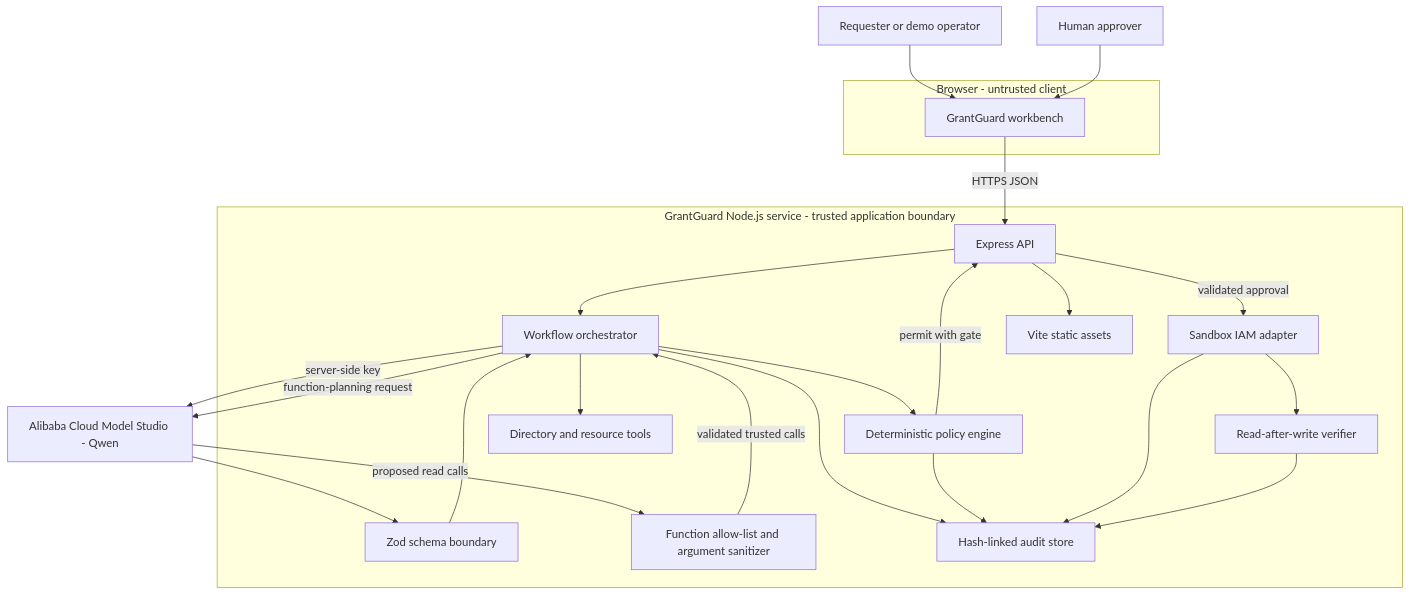
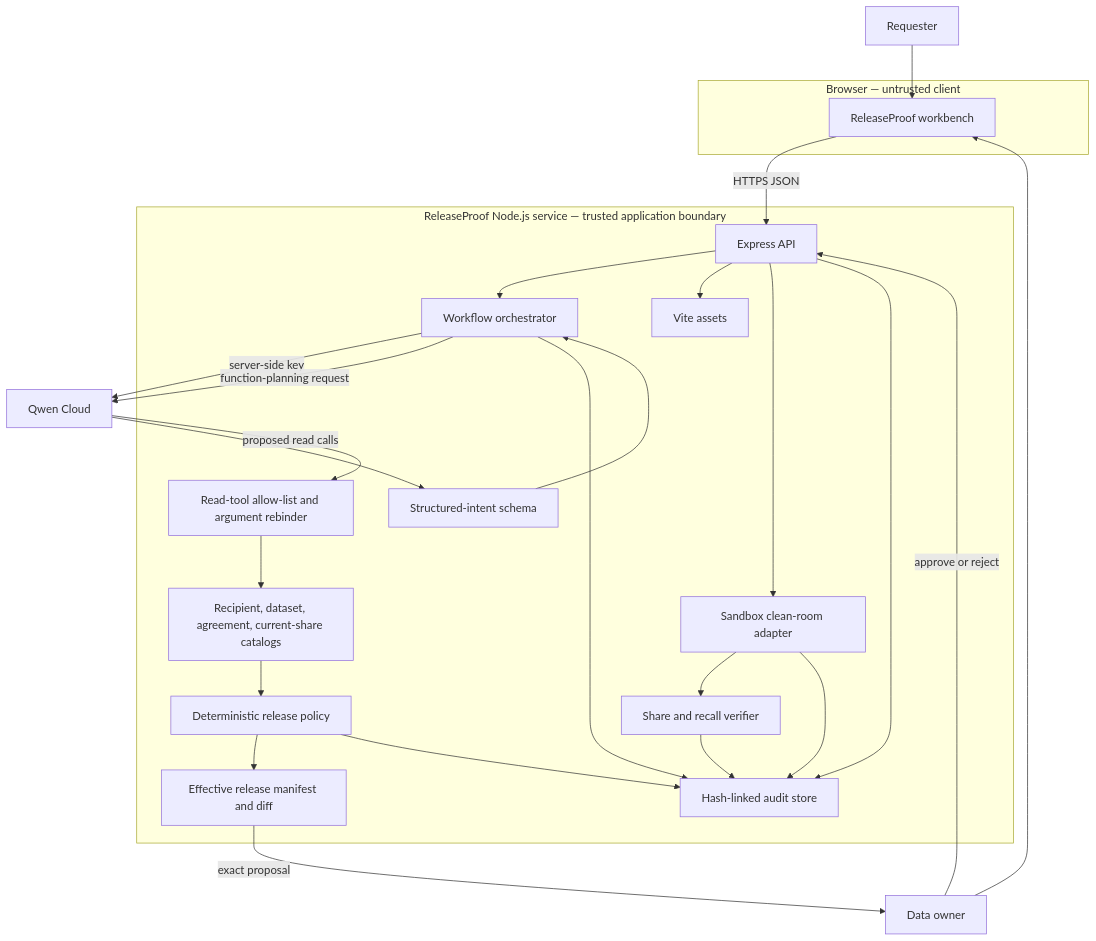
One commit to xiaodouzi666/releaseproof changed the first of 5 diagrams in docs/architecture.md. Above: the diagram before and after it, drawn with Mermaid. The commit also changed other lines of this file and 70 other files, not shown here.

Commit message:
feat: pivot to ReleaseProof data release autopilot

````diff
--- a/docs/architecture.md
+++ b/docs/architecture.md
@@ -17,45 +16,48 @@
-```mermaid
+~~~mermaid
 flowchart TB
-    Requester[Requester or demo operator]
-    Approver[Human approver]
+    Requester[Requester]
+    Owner[Data owner]
 
-    subgraph Browser[Browser - untrusted client]
-      Workbench[GrantGuard workbench]
+    subgraph Browser[Browser — untrusted client]
+      Workbench[ReleaseProof workbench]
     end
 
-    subgraph Service[GrantGuard Node.js service - trusted application boundary]
+    subgraph Service[ReleaseProof Node.js service — trusted application boundary]
       API[Express API]
       Orchestrator[Workflow orchestrator]
-      Schema[Zod schema boundary]
-      ToolGate[Function allow-list and argument sanitizer]
-      Policy[Deterministic policy engine]
-      Context[Directory and resource tools]
-      IAM[Sandbox IAM adapter]
-      Verify[Read-after-write verifier]
+      Schema[Structured-intent schema]
+      ToolGate[Read-tool allow-list and argument rebinder]
+      Catalogs[Recipient, dataset, agreement, current-share catalogs]
+      Policy[Deterministic release policy]
+      Manifest[Effective release manifest and diff]
+      CleanRoom[Sandbox clean-room adapter]
+      Verify[Share and recall verifier]
       Audit[Hash-linked audit store]
-      Static[Vite static assets]
+      Static[Vite assets]
     end
 
-    Qwen[Alibaba Cloud Model Studio - Qwen]
+    Qwen[Qwen Cloud]
 
     Requester --> Workbench
-    Approver --> Workbench
+    Owner --> Workbench
     Workbench -->|HTTPS JSON| API
     API --> Orchestrator
     API --> Static
     Orchestrator -->|server-side key| Qwen
     Qwen --> Schema
     Schema --> Orchestrator
     Orchestrator -->|function-planning request| Qwen
     Qwen -->|proposed read calls| ToolGate
-    ToolGate -->|validated trusted calls| Orchestrator
-    Orchestrator --> Context
-    Orchestrator --> Policy
-    Policy -->|permit with gate| API
-    API -->|validated approval| IAM
-    IAM --> Verify
+    ToolGate --> Catalogs
+    Catalogs --> Policy
+    Policy --> Manifest
+    Manifest -->|exact proposal| Owner
+    Owner -->|approve or reject| API
+    API --> CleanRoom
+    CleanRoom --> Verify
     Orchestrator --> Audit
     Policy --> Audit
-    IAM --> Audit
+    API --> Audit
+    CleanRoom --> Audit
     Verify --> Audit
-```
+~~~
````
